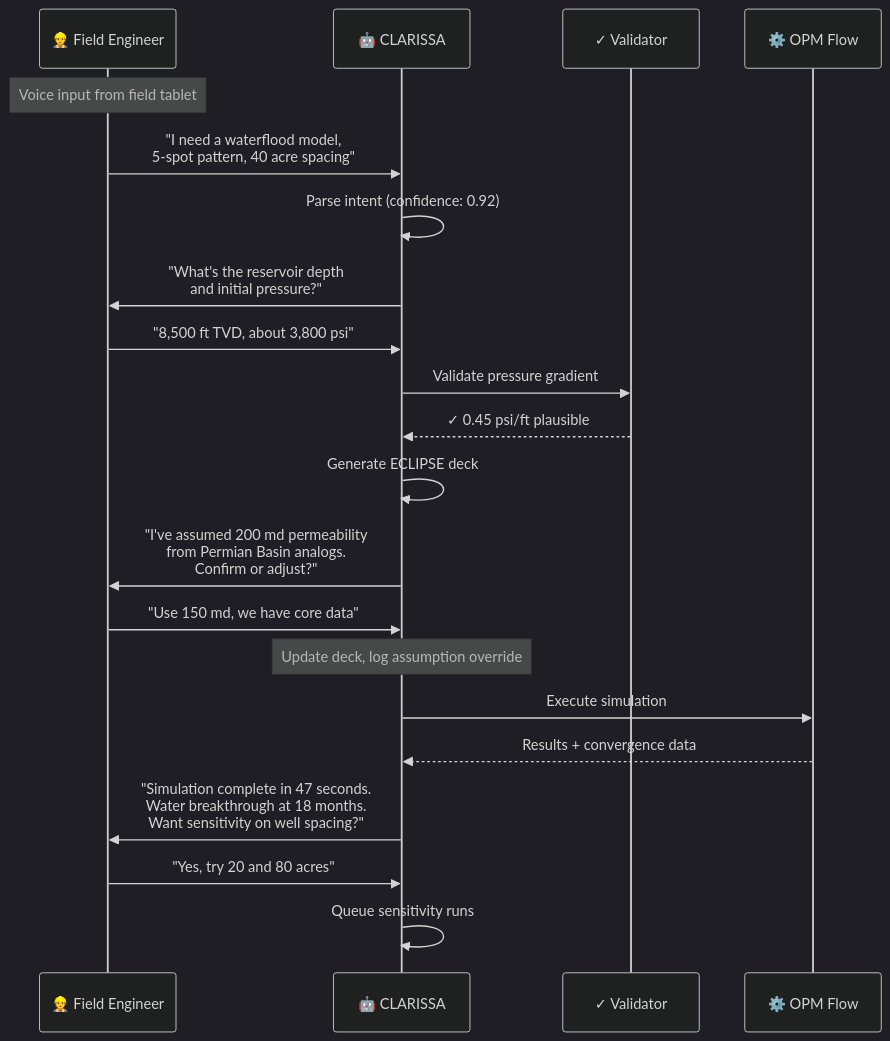
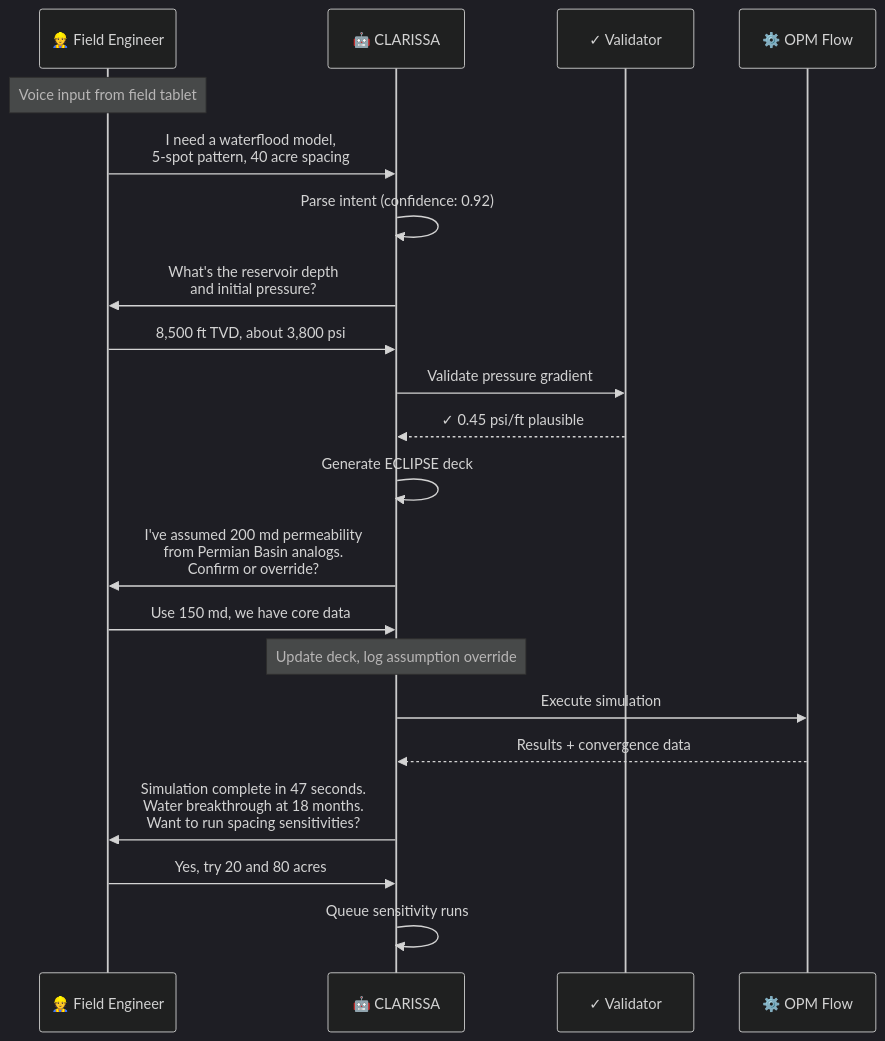
Before and after one commit to wolfram-laube/clarissa: the sixth of 6 diagrams in conference/spe-europe-2026/merged/abstract-merged.md, drawn with Mermaid (dark theme). The commit also changed other lines of this file, not shown here.

````diff
--- a/conference/spe-europe-2026/merged/abstract-merged.md
+++ b/conference/spe-europe-2026/merged/abstract-merged.md
@@ -218,24 +297,24 @@
 ```mermaid
 sequenceDiagram
     participant E as 👷 Field Engineer
     participant C as 🤖 CLARISSA
     participant V as ✓ Validator
     participant S as ⚙️ OPM Flow
 
     Note over E: Voice input from field tablet
-    E->>C: "I need a waterflood model,<br/>5-spot pattern, 40 acre spacing"
+    E->>C: I need a waterflood model,<br/>5-spot pattern, 40 acre spacing
     C->>C: Parse intent (confidence: 0.92)
-    C->>E: "What's the reservoir depth<br/>and initial pressure?"
-    E->>C: "8,500 ft TVD, about 3,800 psi"
+    C->>E: What's the reservoir depth<br/>and initial pressure?
+    E->>C: 8,500 ft TVD, about 3,800 psi
     C->>V: Validate pressure gradient
     V-->>C: ✓ 0.45 psi/ft plausible
     C->>C: Generate ECLIPSE deck
-    C->>E: "I've assumed 200 md permeability<br/>from Permian Basin analogs.<br/>Confirm or adjust?"
-    E->>C: "Use 150 md, we have core data"
+    C->>E: I've assumed 200 md permeability<br/>from Permian Basin analogs.<br/>Confirm or override?
+    E->>C: Use 150 md, we have core data
     Note over C: Update deck, log assumption override
     C->>S: Execute simulation
     S-->>C: Results + convergence data
-    C->>E: "Simulation complete in 47 seconds.<br/>Water breakthrough at 18 months.<br/>Want sensitivity on well spacing?"
-    E->>C: "Yes, try 20 and 80 acres"
+    C->>E: Simulation complete in 47 seconds.<br/>Water breakthrough at 18 months.<br/>Want to run spacing sensitivities?
+    E->>C: Yes, try 20 and 80 acres
     C->>C: Queue sensitivity runs
 ```
````
